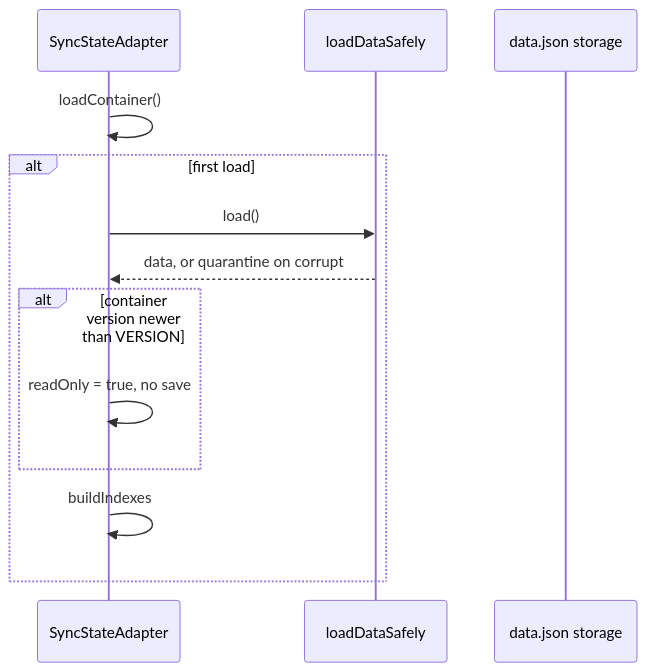
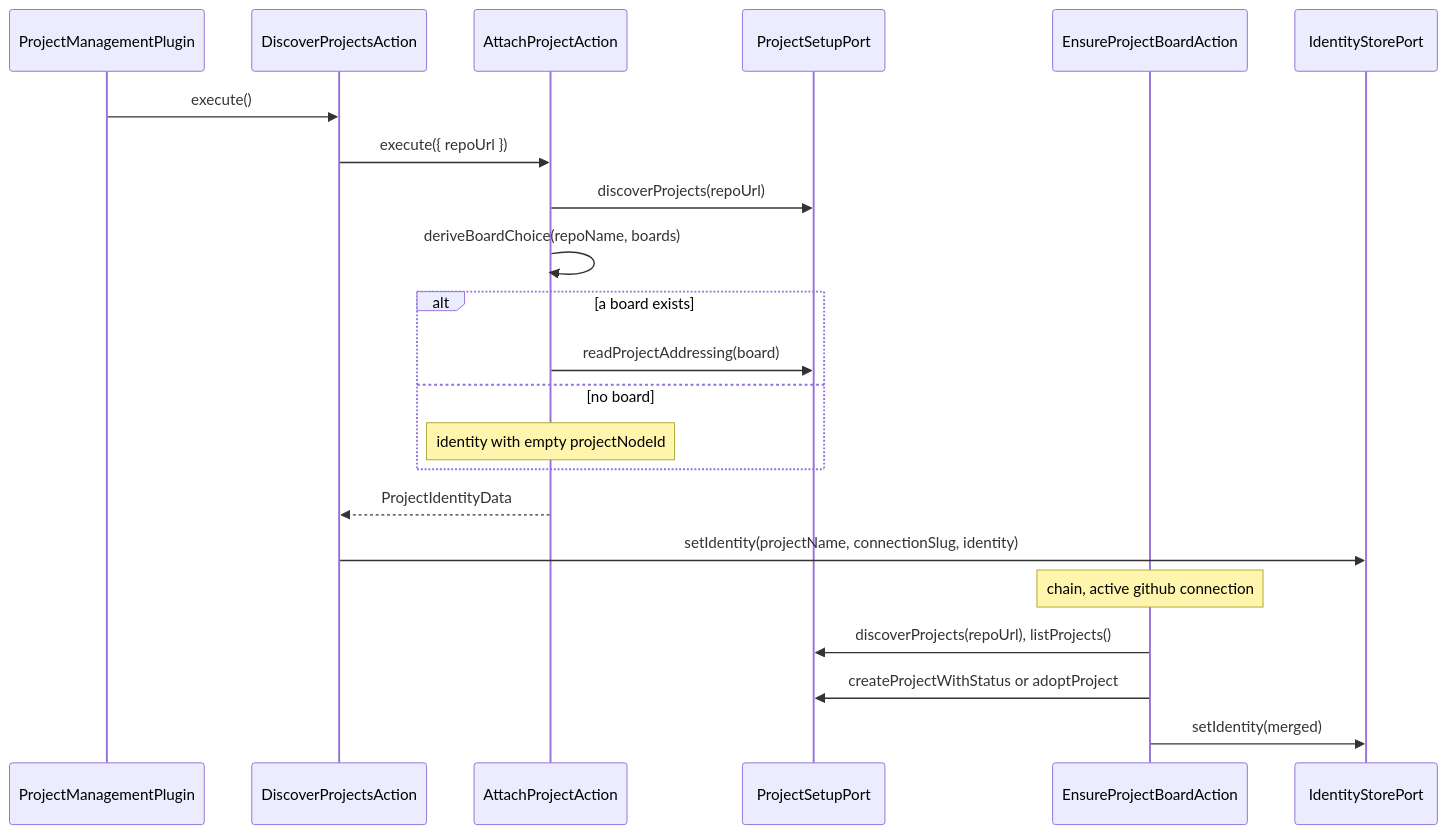
Diagram 18 of 18 in docs/developer-manual.md (99linesofcode/obsidian-project-management), drawn with Mermaid before and after one commit. The commit also changed other lines of this file and 246 other files, not shown here.

````diff
--- a/docs/developer-manual.md
+++ b/docs/developer-manual.md
@@ -873,16 +832,25 @@
 ```mermaid
 sequenceDiagram
-  participant A as SyncStateAdapter
-  participant L as loadDataSafely
-  participant S as data.json storage
+  participant P as ProjectManagementPlugin
+  participant D as DiscoverProjectsAction
+  participant A as AttachProjectAction
+  participant Setup as ProjectSetupPort
+  participant Ens as EnsureProjectBoardAction
+  participant SS as IdentityStorePort
 
-  A->>A: loadContainer()
-  alt first load
-    A->>L: load()
-    L-->>A: data, or quarantine on corrupt
-    alt container version newer than VERSION
-      A->>A: readOnly = true, no save
-    end
-    A->>A: buildIndexes
+  P->>D: execute()
+  D->>A: execute({ repoUrl })
+  A->>Setup: discoverProjects(repoUrl)
+  A->>A: deriveBoardChoice(repoName, boards)
+  alt a board exists
+    A->>Setup: readProjectAddressing(board)
+  else no board
+    Note over A: identity with empty projectNodeId
   end
+  A-->>D: ProjectIdentityData
+  D->>SS: setIdentity(projectName, connectionSlug, identity)
+  Note over Ens: chain, active github connection
+  Ens->>Setup: discoverProjects(repoUrl), listProjects()
+  Ens->>Setup: createProjectWithStatus or adoptProject
+  Ens->>SS: setIdentity(merged)
 ```
````
